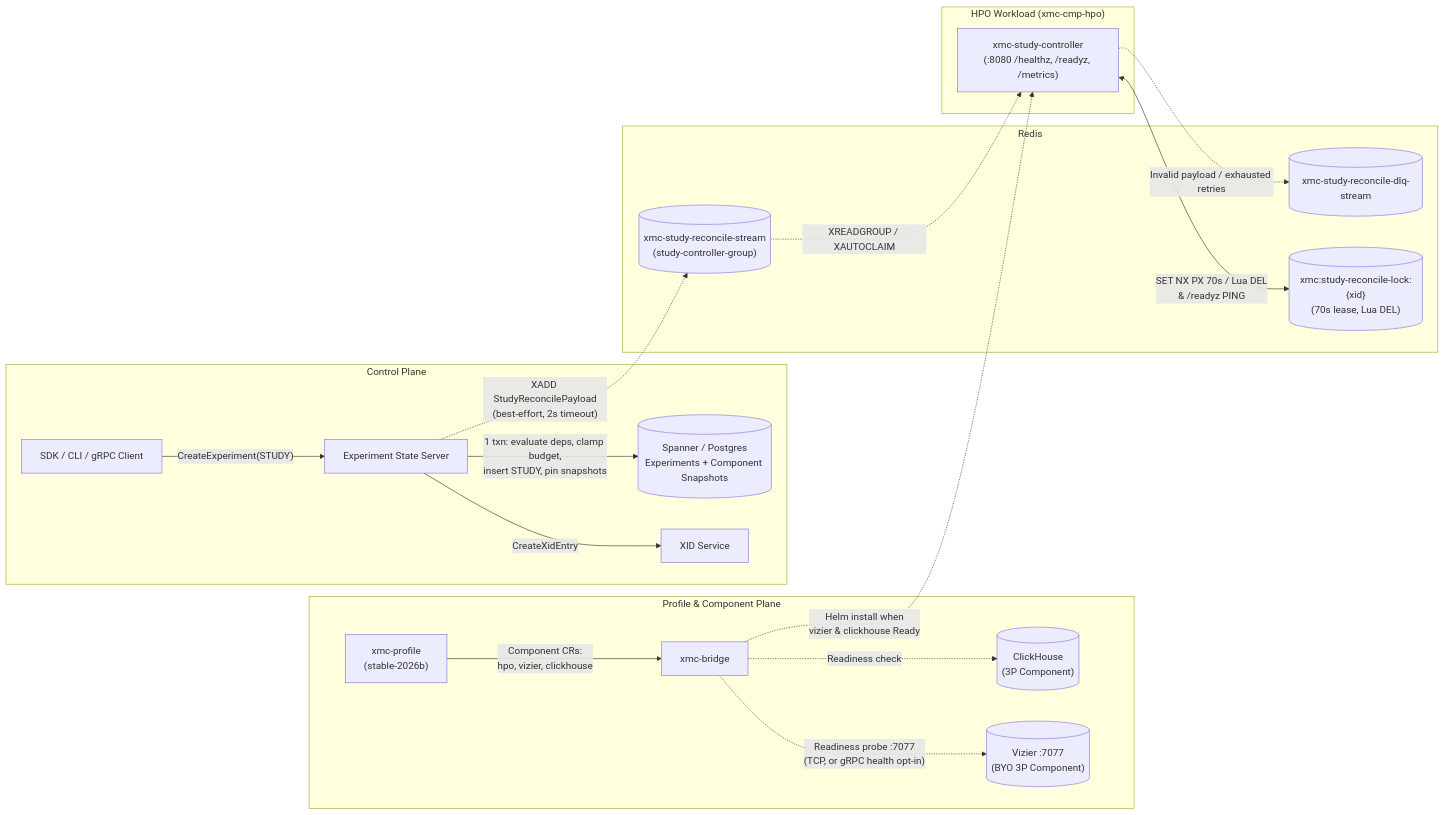
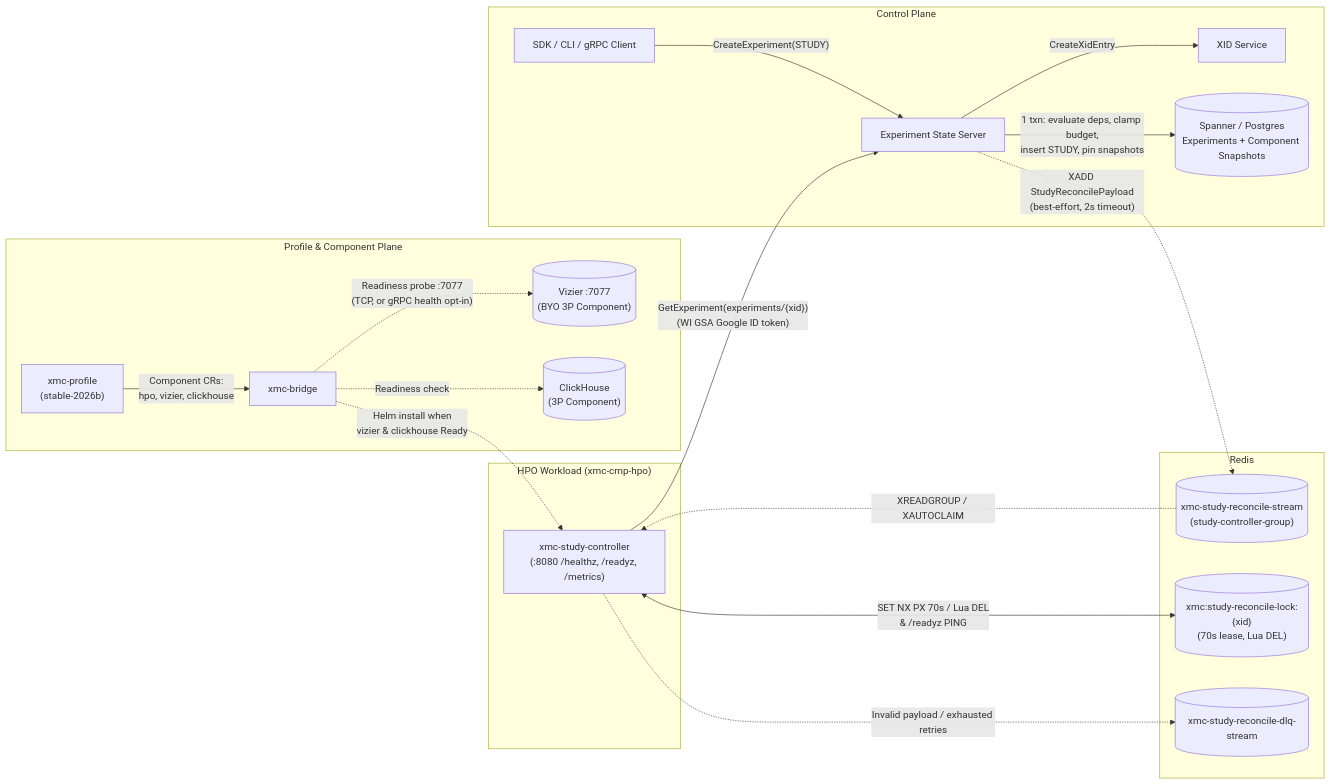
One commit to google/xmc changed the first of 2 diagrams in docs/flows/study_lifecycle.md. Above: the diagram before and after it, drawn with Mermaid. The commit also changed other lines of this file and 18 other files, not shown here.

````diff
--- a/docs/flows/study_lifecycle.md
+++ b/docs/flows/study_lifecycle.md
@@ -27,40 +28,41 @@
 ```mermaid
 flowchart LR
     subgraph Admin["Profile & Component Plane"]
         Prof["xmc-profile<br/>(stable-2026b)"]
         Bridge["xmc-bridge"]
         Viz[("Vizier :7077<br/>(BYO 3P Component)")]
         CH[("ClickHouse<br/>(3P Component)")]
     end
 
     subgraph Control["Control Plane"]
         Client["SDK / CLI / gRPC Client"]
         ESS["Experiment State Server"]
         XID["XID Service"]
         DB[("Spanner / Postgres<br/>Experiments + Component Snapshots")]
     end
 
     subgraph Bus["Redis"]
         Stream[("xmc-study-reconcile-stream<br/>(study-controller-group)")]
         Lock[("xmc:study-reconcile-lock:{xid}<br/>(70s lease, Lua DEL)")]
         DLQ[("xmc-study-reconcile-dlq-stream")]
     end
 
     subgraph HPO["HPO Workload (xmc-cmp-hpo)"]
         SC["xmc-study-controller<br/>(:8080 /healthz, /readyz, /metrics)"]
     end
 
     Prof -->|"Component CRs:<br/>hpo, vizier, clickhouse"| Bridge
     Bridge -.->|"Readiness probe :7077<br/>(TCP, or gRPC health opt-in)"| Viz
     Bridge -.->|"Readiness check"| CH
     Bridge -.->|"Helm install when<br/>vizier & clickhouse Ready"| SC
 
     Client -->|"CreateExperiment(STUDY)"| ESS
     ESS -->|"CreateXidEntry"| XID
     ESS -->|"1 txn: evaluate deps, clamp budget,<br/>insert STUDY, pin snapshots"| DB
     ESS -.->|"XADD StudyReconcilePayload<br/>(best-effort, 2s timeout)"| Stream
 
     Stream -.->|"XREADGROUP / XAUTOCLAIM"| SC
     SC <-->|"SET NX PX 70s / Lua DEL<br/>& /readyz PING"| Lock
+    SC -->|"GetExperiment(experiments/{xid})<br/>(WI GSA Google ID token)"| ESS
     SC -.->|"Invalid payload / exhausted retries"| DLQ
 ```
````
